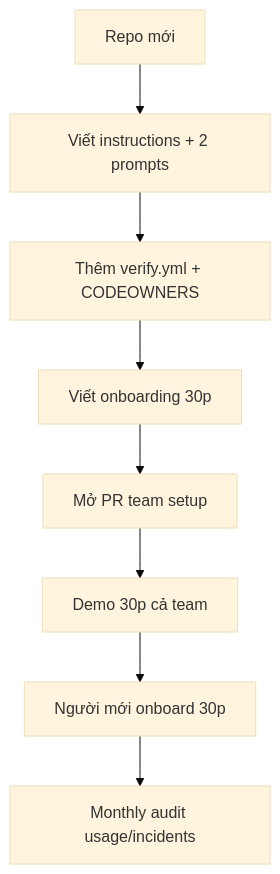
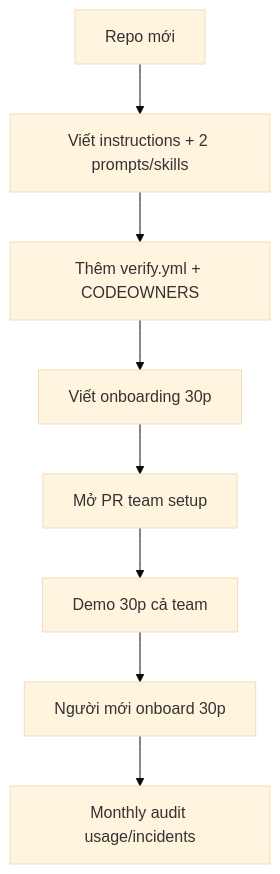
Before and after one commit to nbhson/tutorial-github-copilot: the diagram in 02-tips-thuc-chien/09-teamwork-chuan-hoa.md, drawn with Mermaid (base theme). The commit also changed other lines of this file and 96 other files, not shown here.

First line of the commit message:
docs: cập nhật sự kiện 2026-10-09 + viết lại toàn bộ repo dễ hiểu (chuẩn bài 00)

````diff
--- a/02-tips-thuc-chien/09-teamwork-chuan-hoa.md
+++ b/02-tips-thuc-chien/09-teamwork-chuan-hoa.md
@@ -30,10 +30,10 @@
 ```mermaid
 flowchart TD
-    A[Repo mới] --> B[Viết instructions + 2 prompts]
+    A[Repo mới] --> B[Viết instructions + 2 prompts/skills]
     B --> C[Thêm verify.yml + CODEOWNERS]
     C --> D[Viết onboarding 30p]
     D --> E[Mở PR team setup]
     E --> F[Demo 30p cả team]
     F --> G[Người mới onboard 30p]
     G --> H[Monthly audit usage/incidents]
 ```
````
